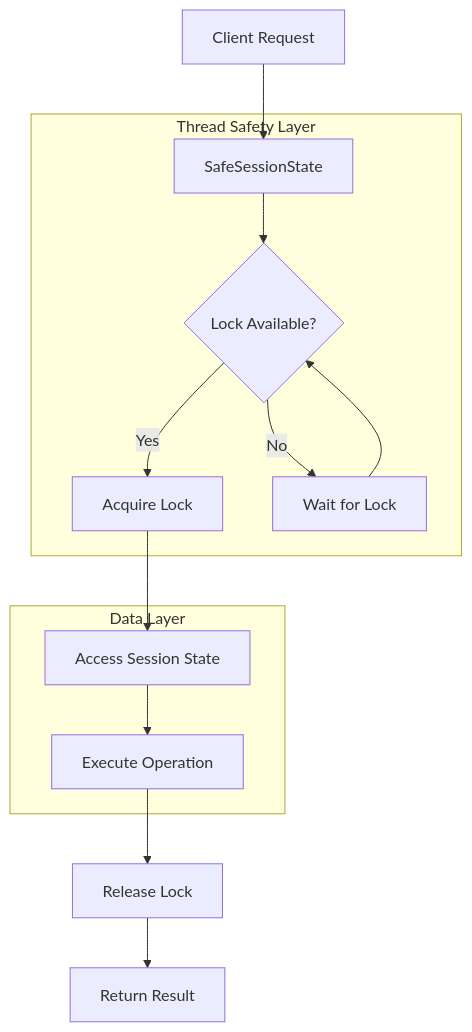
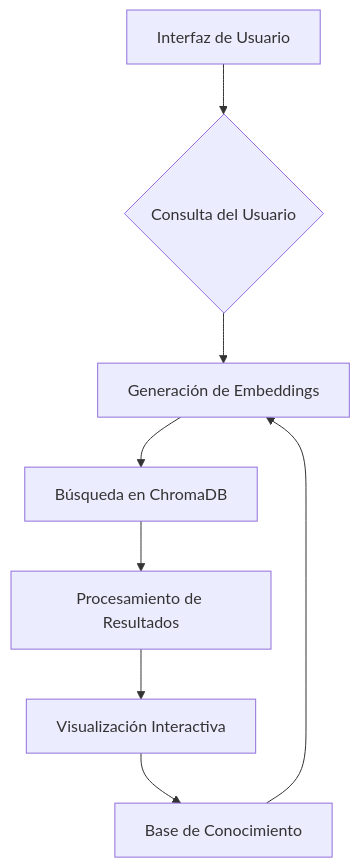
The diagram in Readme.md (baldion7/Base-de-datos-vectoriales), drawn with Mermaid before and after one commit. The commit also changed other lines of this file, not shown here.

````diff
--- a/Readme.md
+++ b/Readme.md
@@ -34,24 +36,10 @@
 ```mermaid
-flowchart TD
-    A[Client Request] --> B[SafeSessionState]
-    B --> C{Lock Available?}
-    C -->|Yes| D[Acquire Lock]
-    C -->|No| E[Wait for Lock]
-    E --> C
-    D --> F[Access Session State]
-    F --> G[Execute Operation]
-    G --> H[Release Lock]
-    H --> I[Return Result]
-
-    subgraph "Thread Safety Layer"
-    B
-    C
-    D
-    E
-    end
-
-    subgraph "Data Layer"
-    F
-    G
-    end
+graph TD
+    A[Interfaz de Usuario] --> B{Consulta del Usuario}
+    B --> C[Generación de Embeddings]
+    C --> D[Búsqueda en ChromaDB]
+    D --> E[Procesamiento de Resultados]
+    E --> F[Visualización Interactiva]
+    F --> G[Base de Conocimiento]
+    G --> C
 ```
````
